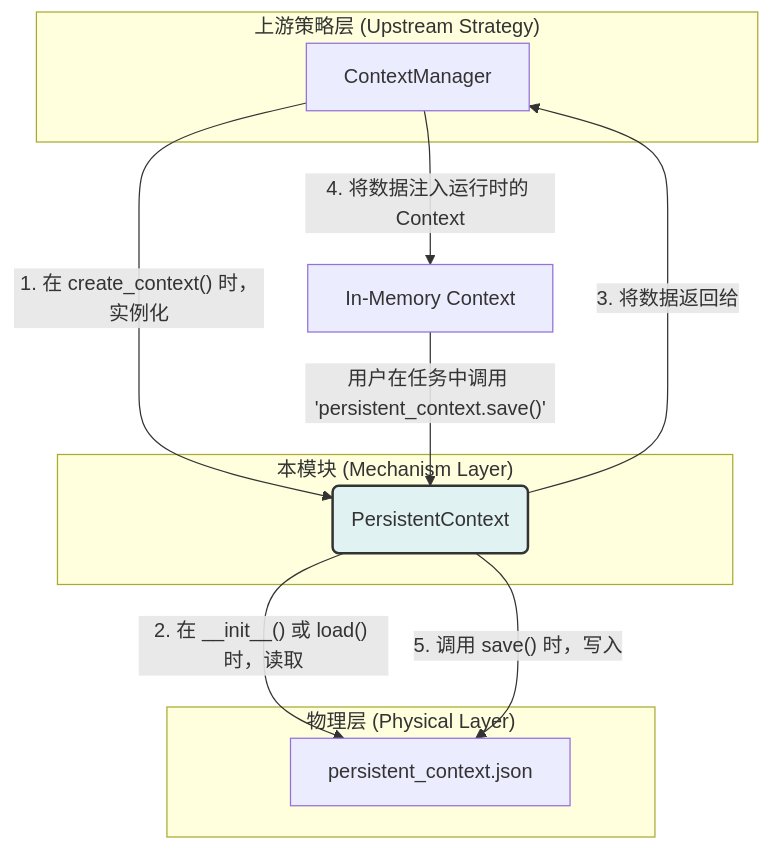
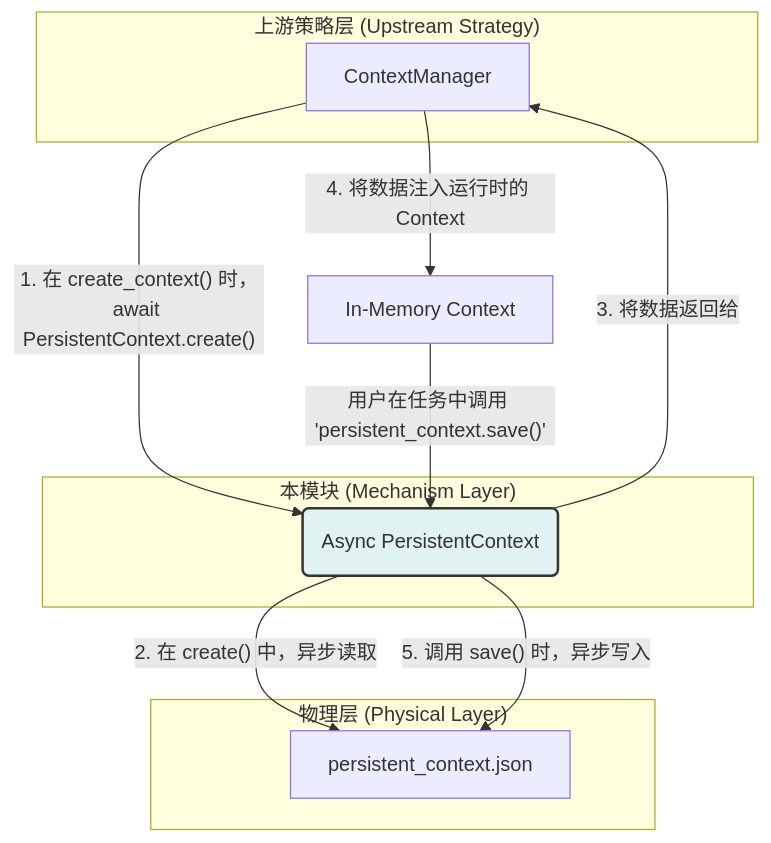
One commit to nightofknife/aura-framework changed the diagram in readme/core_doc/persistent_context.md. Above: the diagram before and after it, drawn with Mermaid. The commit also changed other lines of this file and 22 other files, not shown here.

````diff
--- a/readme/core_doc/persistent_context.md
+++ b/readme/core_doc/persistent_context.md
@@ -15,24 +16,24 @@
 ```mermaid
 graph TD
     subgraph "上游策略层 (Upstream Strategy)"
         CM[ContextManager]
     end
 
     subgraph "本模块 (Mechanism Layer)"
-        PC(PersistentContext)
+        PC(Async PersistentContext)
     end
 
     subgraph "物理层 (Physical Layer)"
         File["persistent_context.json"]
     end
 
-    CM -- "1. 在 create_context() 时，实例化" --> PC
-    PC -- "2. 在 __init__() 或 load() 时，读取" --> File
+    CM -- "1. 在 create_context() 时，await PersistentContext.create()" --> PC
+    PC -- "2. 在 create() 中，异步读取" --> File
     PC -- "3. 将数据返回给" --> CM
     CM -- "4. 将数据注入运行时的 Context" --> InMemCtx["In-Memory Context"]
 
     InMemCtx -- "用户在任务中调用 'persistent_context.save()'" --> PC
-    PC -- "5. 调用 save() 时，写入" --> File
+    PC -- "5. 调用 save() 时，异步写入" --> File
 
     style PC fill:#e0f2f1,stroke:#333,stroke-width:2px
 ```
````
